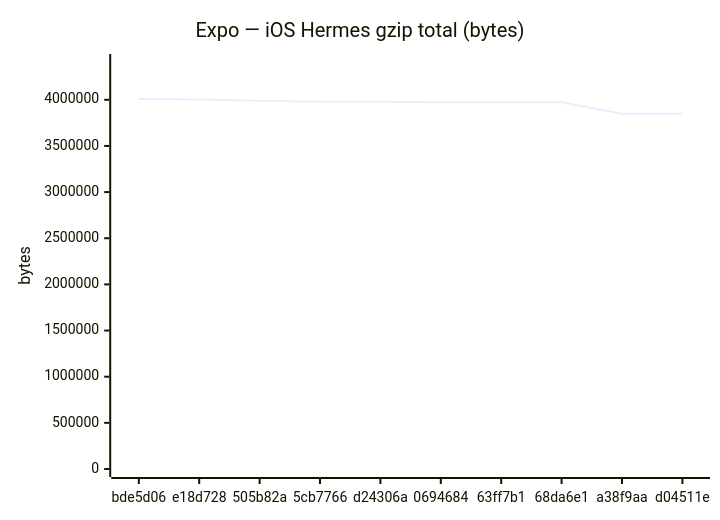
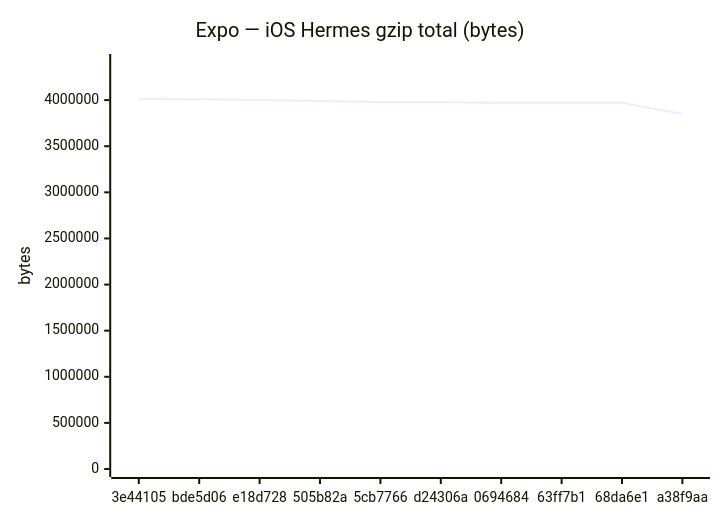
One commit to Metaheurist/Rianell changed the sixth of 18 diagrams in benchmarks/compare.md. Above: the diagram before and after it, drawn with Mermaid. The commit also changed other lines of this file and 11 other files, not shown here.

````diff
--- a/benchmarks/compare.md
+++ b/benchmarks/compare.md
@@ -96,7 +96,7 @@
 ```mermaid
 xychart-beta
     title "Expo — iOS Hermes gzip total (bytes)"
-    x-axis ["bde5d06", "e18d728", "505b82a", "5cb7766", "d24306a", "0694684", "63ff7b1", "68da6e1", "a38f9aa", "d04511e"]
-    y-axis "bytes" 0 --> 4409317
-    line [4008470, 4002116, 3990384, 3978033, 3978036, 3971946, 3971945, 3971946, 3849365, 3849367]
+    x-axis ["3e44105", "bde5d06", "e18d728", "505b82a", "5cb7766", "d24306a", "0694684", "63ff7b1", "68da6e1", "a38f9aa"]
+    y-axis "bytes" 0 --> 4413270
+    line [4012063, 4008470, 4002116, 3990384, 3978033, 3978036, 3971946, 3971945, 3971946, 3849365]
 ```
````
